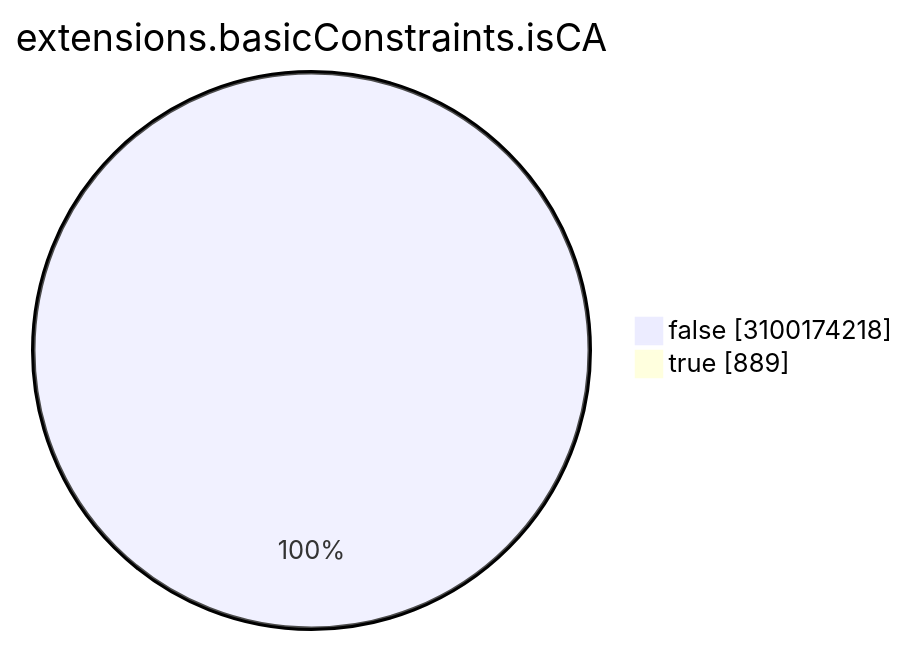
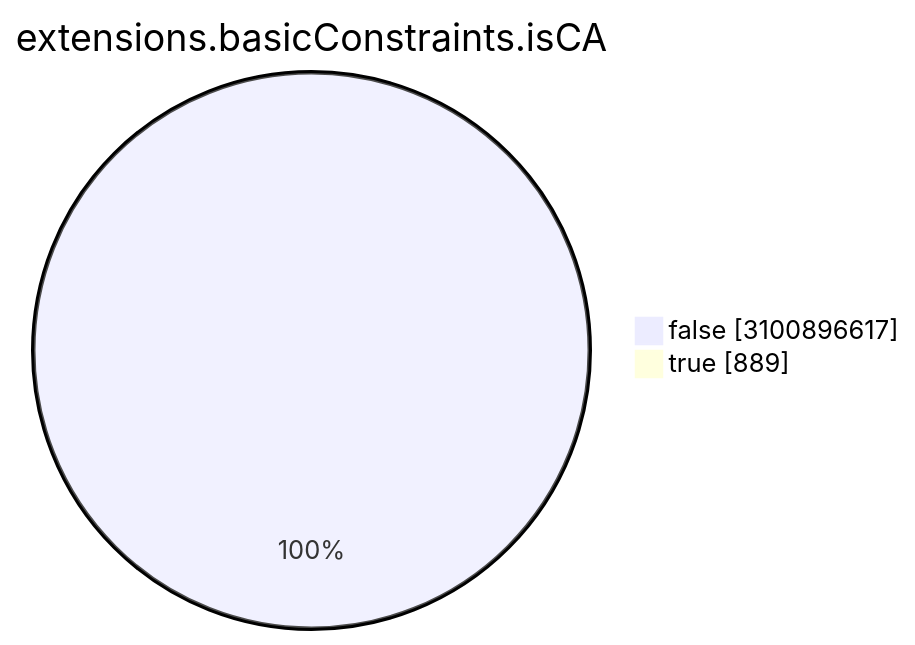
One commit to christiankrug/ctmonitor_visualization changed the seventh of 15 diagrams in TOTAL/README.md. Above: the diagram before and after it, drawn with Mermaid. The commit also changed other lines of this file, not shown here.

````diff
--- a/TOTAL/README.md
+++ b/TOTAL/README.md
@@ -3086,6 +3086,6 @@
 ```mermaid
 pie showData
 title extensions.basicConstraints.isCA
-"false" :3100174218
+"false" :3100896617
 "true" :889
 ```
````
